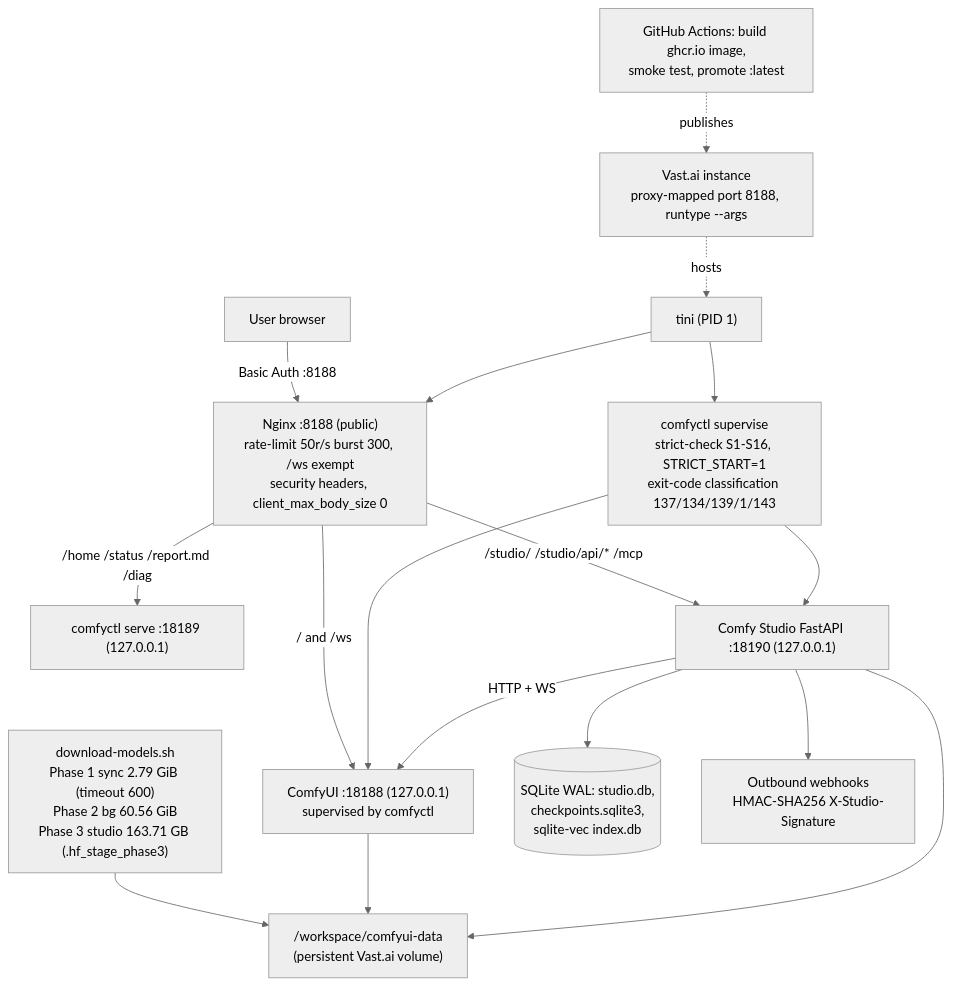
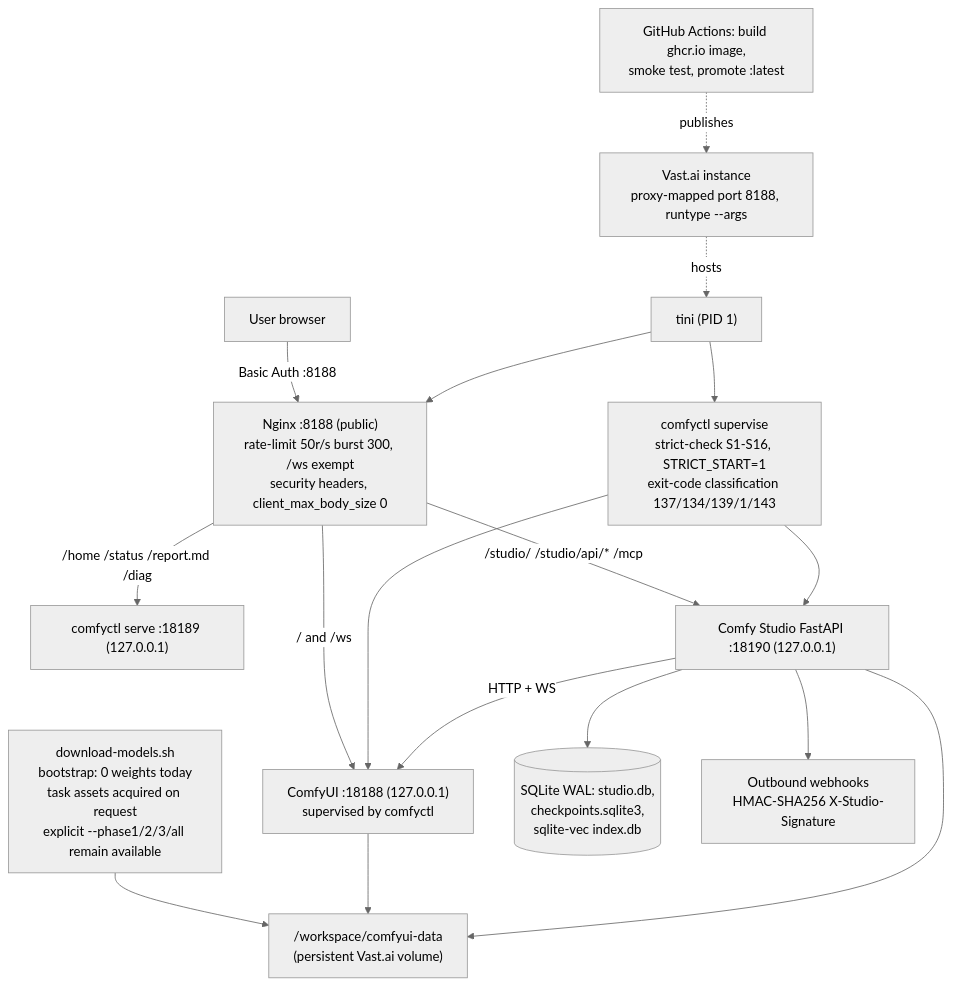
One commit to tomas-estrada/comfyuipod changed the diagram in docs/ARCHITECTURE_CANONICAL.md. Above: the diagram before and after it, drawn with Mermaid (neutral theme). The commit also changed other lines of this file and 21 other files, not shown here.

````diff
--- a/docs/ARCHITECTURE_CANONICAL.md
+++ b/docs/ARCHITECTURE_CANONICAL.md
@@ -29,19 +27,19 @@
 ```mermaid
 graph TD
     U["User browser"] -->|Basic Auth :8188| NGX["Nginx :8188 (public)<br/>rate-limit 50r/s burst 300, /ws exempt<br/>security headers, client_max_body_size 0"]
     NGX -->|/ and /ws| CUI["ComfyUI :18188 (127.0.0.1)<br/>supervised by comfyctl"]
     NGX -->|/home /status /report.md /diag| CTL["comfyctl serve :18189 (127.0.0.1)"]
     NGX -->|/studio/ /studio/api/* /mcp| ST["Comfy Studio FastAPI :18190 (127.0.0.1)"]
     SUP["comfyctl supervise<br/>strict-check S1-S16, STRICT_START=1<br/>exit-code classification 137/134/139/1/143"] --> CUI
     SUP --> ST
-    DL["download-models.sh<br/>Phase 1 sync 2.79 GiB (timeout 600)<br/>Phase 2 bg 60.56 GiB<br/>Phase 3 studio 163.71 GB (.hf_stage_phase3)"] --> FS["/workspace/comfyui-data<br/>(persistent Vast.ai volume)"]
+    DL["download-models.sh<br/>bootstrap: 0 weights today<br/>task assets acquired on request<br/>explicit --phase1/2/3/all remain available"] --> FS["/workspace/comfyui-data<br/>(persistent Vast.ai volume)"]
     CUI --> FS
     ST --> FS
     ST -->|HTTP + WS| CUI
     ST --> DB[("SQLite WAL: studio.db,<br/>checkpoints.sqlite3,<br/>sqlite-vec index.db")]
     ST --> WH["Outbound webhooks<br/>HMAC-SHA256 X-Studio-Signature"]
     TINI["tini (PID 1)"] --> SUP
     TINI --> NGX
     VA["Vast.ai instance<br/>proxy-mapped port 8188, runtype --args"] -. hosts .-> TINI
     CI["GitHub Actions: build ghcr.io image,<br/>smoke test, promote :latest"] -. publishes .-> VA
 ```
````
